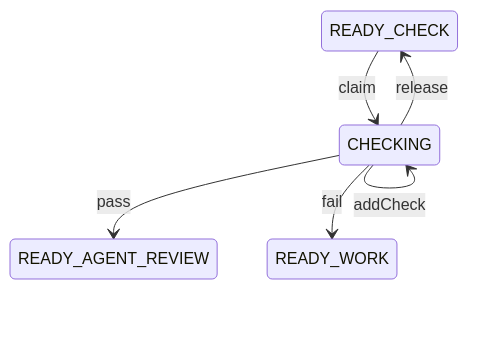
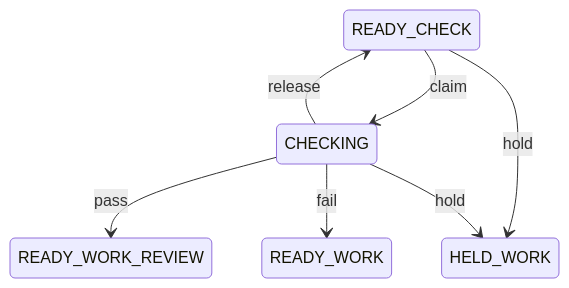
The seventh of 11 diagrams in README.md (Pyrolistical/task-graph-template), drawn with Mermaid before and after one commit. The commit also changed other lines of this file and 66 other files, not shown here.

````diff
--- a/README.md
+++ b/README.md
@@ -605,8 +242,9 @@
 ```mermaid
 stateDiagram-v2
     READY_CHECK --> CHECKING : claim
-    CHECKING --> CHECKING : addCheck
-    CHECKING --> READY_AGENT_REVIEW : pass
+    READY_CHECK --> HELD_WORK : hold
+    CHECKING --> READY_WORK_REVIEW : pass
     CHECKING --> READY_WORK : fail
+    CHECKING --> HELD_WORK : hold
     CHECKING --> READY_CHECK : release
 ```
````
